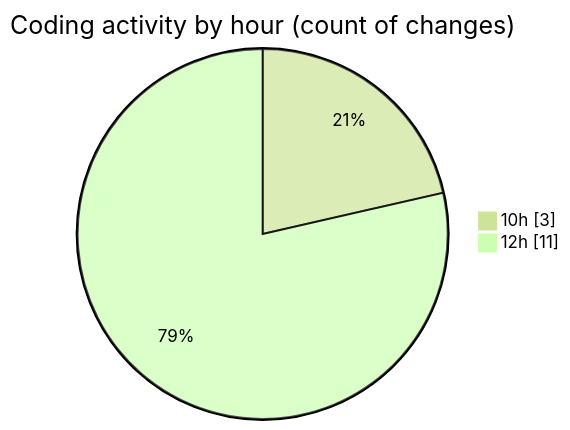
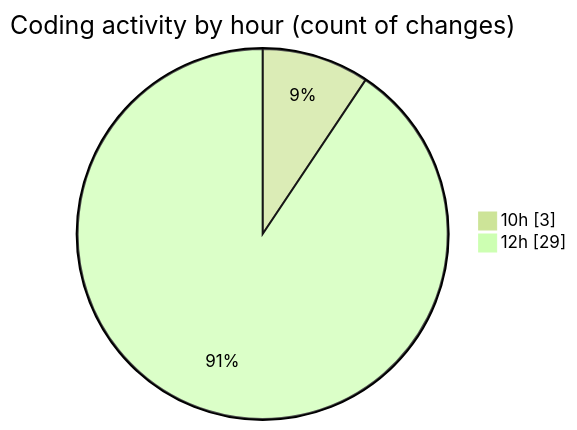
One commit to nxtqubesakshisongat/code-tracking changed the second of 2 diagrams in 2025-05-27/nxtqube_webapp/README.md. Above: the diagram before and after it, drawn with Mermaid (forest theme). The commit also changed other lines of this file and 1 other file, not shown here.

````diff
--- a/2025-05-27/nxtqube_webapp/README.md
+++ b/2025-05-27/nxtqube_webapp/README.md
@@ -29,6 +29,6 @@
 ```mermaid
 pie showData
 title Coding activity by hour (count of changes)
 "10h" : 3
-"12h" : 11
+"12h" : 29
 ```
````
